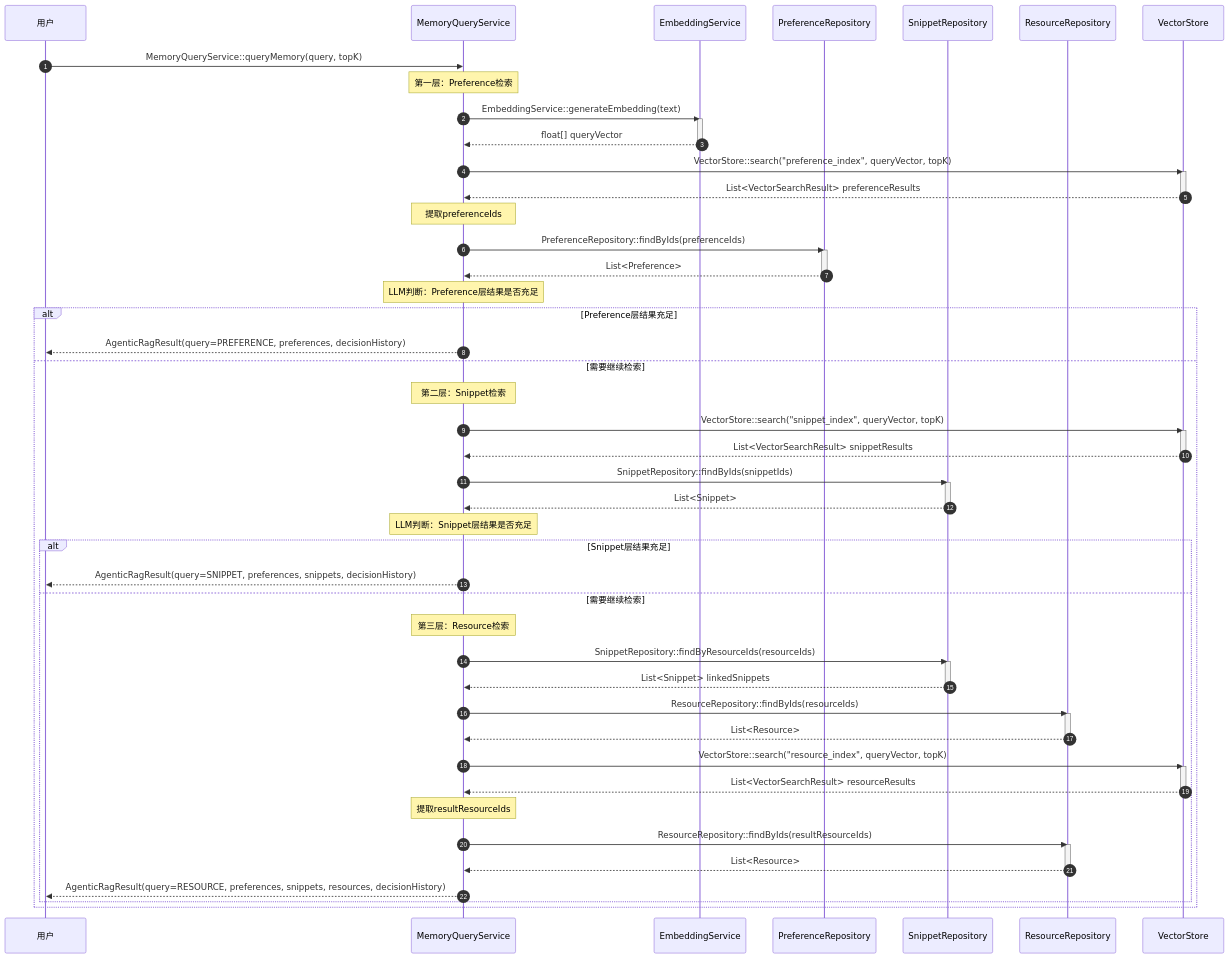
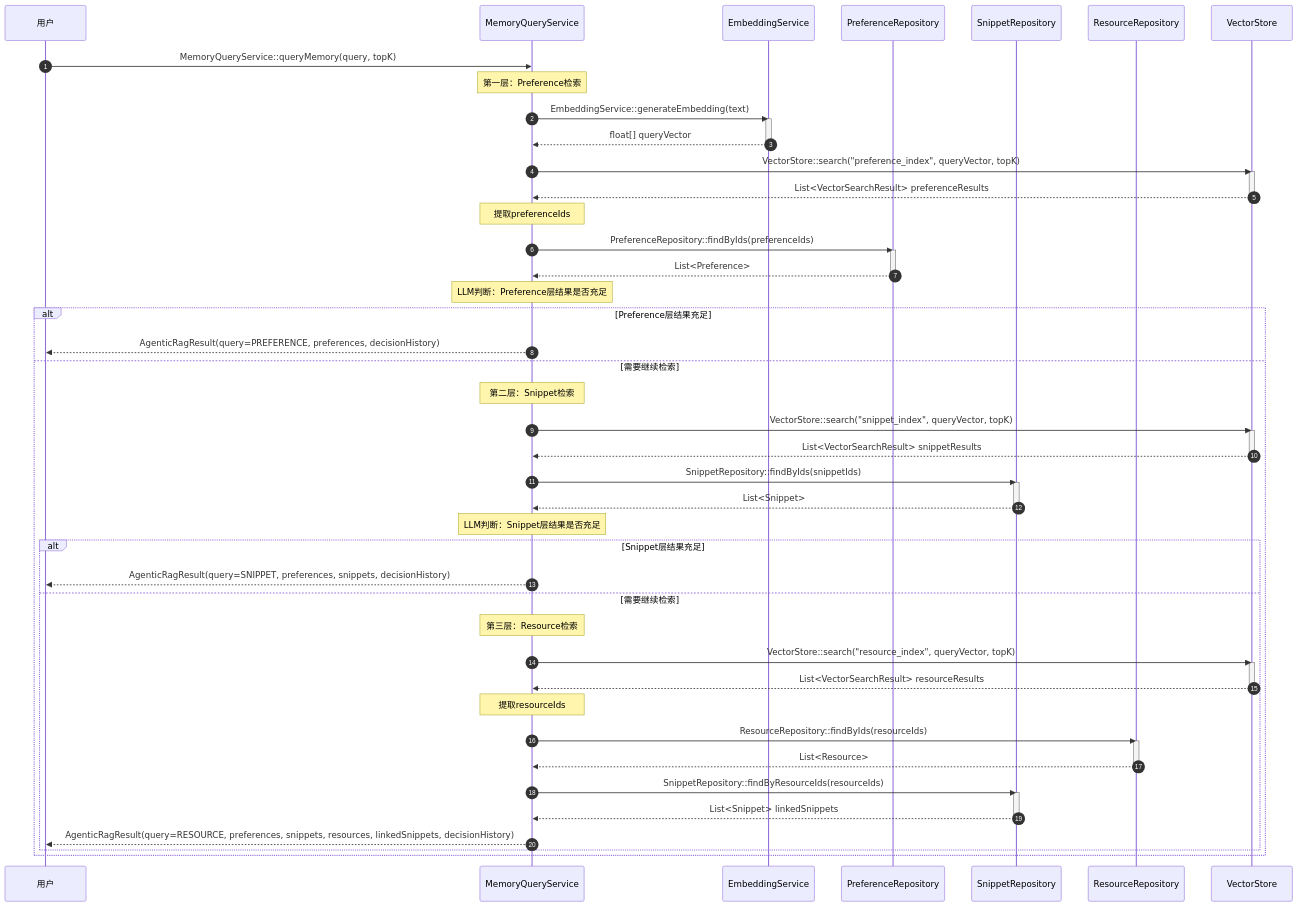
Before and after one commit to jiebei-668/YesBoss: the diagram in docs_memory/时序图3.0/02-AgenticRAG三层检索流程.md, drawn with Mermaid. The commit also changed other lines of this file and 33 other files, not shown here.

First line of the commit message:
feat: implement memory persistence database schema (Task 1)

````diff
--- a/docs_memory/时序图3.0/02-AgenticRAG三层检索流程.md
+++ b/docs_memory/时序图3.0/02-AgenticRAG三层检索流程.md
@@ -67,29 +67,24 @@
         else 需要继续检索
             Note over MemoryQueryService: 第三层：Resource检索
 
-            MemoryQueryService->>SnippetRepository: SnippetRepository::findByResourceIds(resourceIds)
-            activate SnippetRepository
-            SnippetRepository-->>MemoryQueryService: List<Snippet> linkedSnippets
-            deactivate SnippetRepository
+            MemoryQueryService->>VectorStore: VectorStore::search("resource_index", queryVector, topK)
+            activate VectorStore
+            VectorStore-->>MemoryQueryService: List<VectorSearchResult> resourceResults
+            deactivate VectorStore
+
+            Note over MemoryQueryService: 提取resourceIds
 
             MemoryQueryService->>ResourceRepository: ResourceRepository::findByIds(resourceIds)
             activate ResourceRepository
             ResourceRepository-->>MemoryQueryService: List<Resource>
             deactivate ResourceRepository
 
-            MemoryQueryService->>VectorStore: VectorStore::search("resource_index", queryVector, topK)
-            activate VectorStore
-            VectorStore-->>MemoryQueryService: List<VectorSearchResult> resourceResults
-            deactivate VectorStore
+            MemoryQueryService->>SnippetRepository: SnippetRepository::findByResourceIds(resourceIds)
+            activate SnippetRepository
+            SnippetRepository-->>MemoryQueryService: List<Snippet> linkedSnippets
+            deactivate SnippetRepository
 
-            Note over MemoryQueryService: 提取resultResourceIds
-
-            MemoryQueryService->>ResourceRepository: ResourceRepository::findByIds(resultResourceIds)
-            activate ResourceRepository
-            ResourceRepository-->>MemoryQueryService: List<Resource>
-            deactivate ResourceRepository
-
-            MemoryQueryService-->>User: AgenticRagResult(query=RESOURCE, preferences, snippets, resources, decisionHistory)
+            MemoryQueryService-->>User: AgenticRagResult(query=RESOURCE, preferences, snippets, resources, linkedSnippets, decisionHistory)
         end
     end
 ```
````
